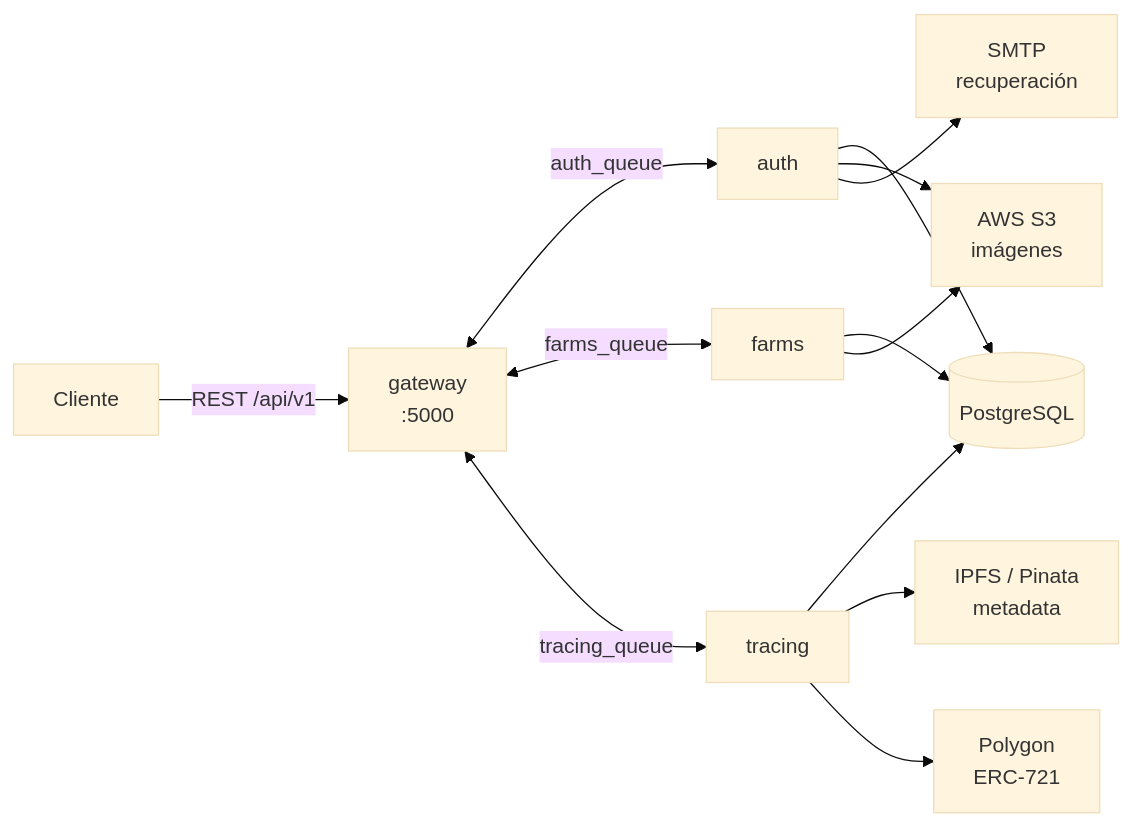
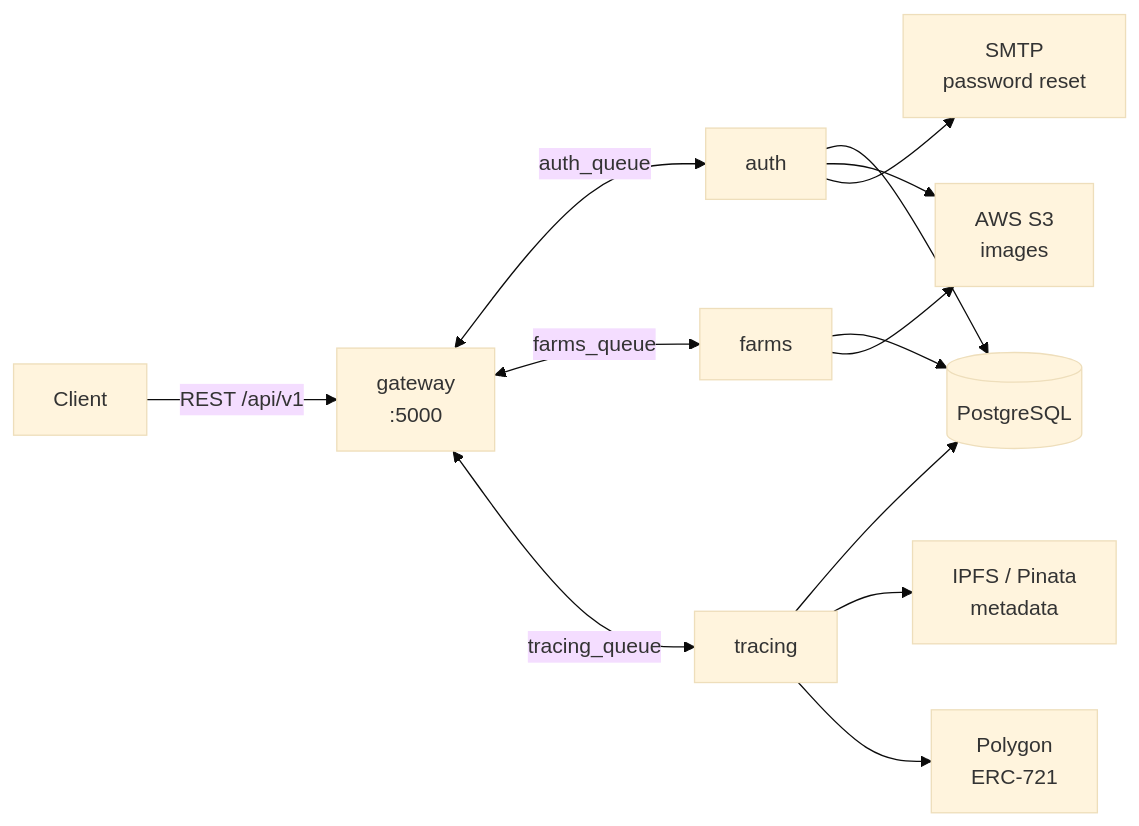
Before and after one commit to RookieCol/harvestledger: the diagram in README.md, drawn with Mermaid (base theme). The commit also changed other lines of this file and 16 other files, not shown here.

````diff
--- a/README.md
+++ b/README.md
@@ -25,19 +25,19 @@
 ```mermaid
 flowchart LR
-    C[Cliente] -->|REST /api/v1| GW[gateway<br/>:5000]
+    C[Client] -->|REST /api/v1| GW[gateway<br/>:5000]
 
     GW <-->|auth_queue| AU[auth]
     GW <-->|farms_queue| FA[farms]
     GW <-->|tracing_queue| TR[tracing]
 
     AU --> PG[(PostgreSQL)]
     FA --> PG
     TR --> PG
 
-    AU --> S3[AWS S3<br/>imágenes]
+    AU --> S3[AWS S3<br/>images]
     FA --> S3
-    AU --> MAIL[SMTP<br/>recuperación]
+    AU --> MAIL[SMTP<br/>password reset]
 
     TR --> IPFS[IPFS / Pinata<br/>metadata]
     TR --> POLY[Polygon<br/>ERC-721]
 ```
````
